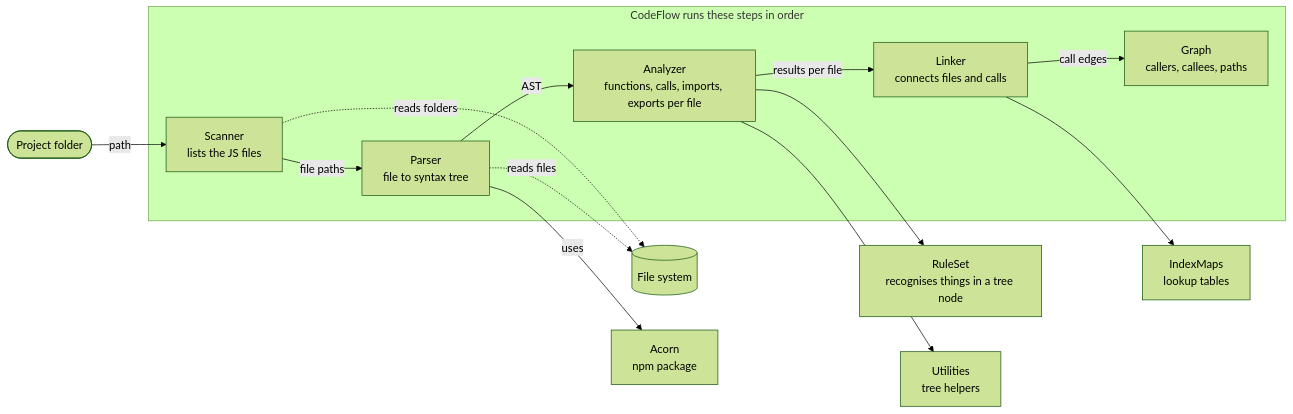
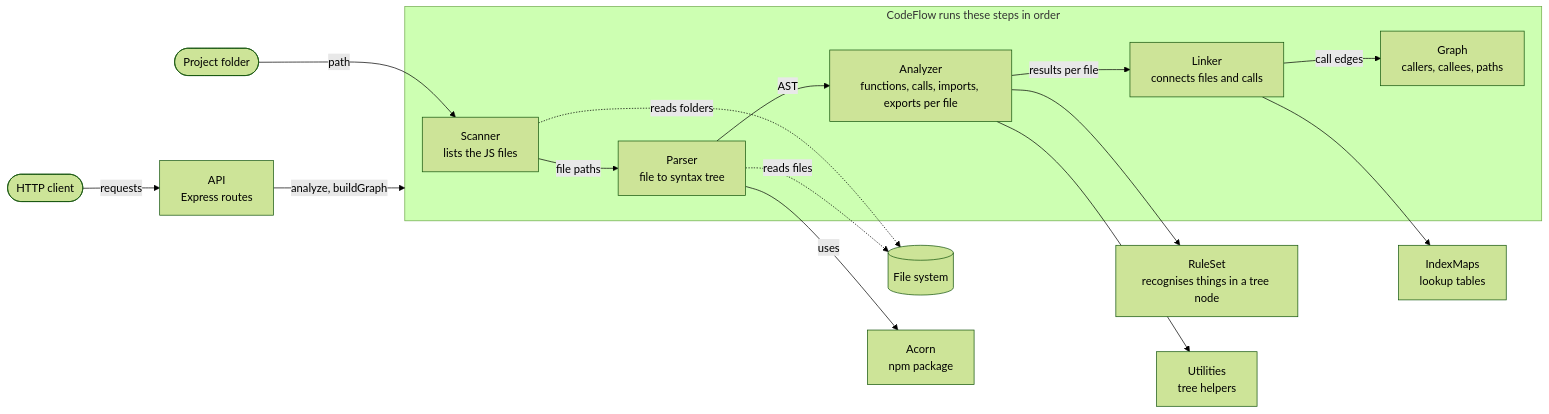
One commit to Rohitsinghwho/CodeFlow-Analyzer changed the diagram in docs/architecture-diagram.md. Above: the diagram before and after it, drawn with Mermaid (forest theme). The commit also changed other lines of this file and 8 other files, not shown here.

First line of the commit message:
feat(api): add HTTP API to analyze a project, list functions and get source

````diff
--- a/docs/architecture-diagram.md
+++ b/docs/architecture-diagram.md
@@ -6,31 +6,35 @@
 ```mermaid
 flowchart LR
+  client(["HTTP client"])
   folder(["Project folder"])
   fs[("File system")]
   acorn["Acorn<br/>npm package"]
 
   subgraph codeflow["CodeFlow runs these steps in order"]
     scan["Scanner<br/>lists the JS files"]
     parse["Parser<br/>file to syntax tree"]
     analyze["Analyzer<br/>functions, calls, imports, exports per file"]
     link["Linker<br/>connects files and calls"]
     graphq["Graph<br/>callers, callees, paths"]
   end
 
+  api["API<br/>Express routes"]
   rules["RuleSet<br/>recognises things in a tree node"]
   utils["Utilities<br/>tree helpers"]
   indexes["IndexMaps<br/>lookup tables"]
 
+  client -->|"requests"| api
+  api -->|"analyze, buildGraph"| codeflow
   folder -->|"path"| scan
   scan -->|"file paths"| parse
   parse -->|"AST"| analyze
   analyze -->|"results per file"| link
   link -->|"call edges"| graphq
 
   scan -.->|"reads folders"| fs
   parse -.->|"reads files"| fs
   parse -->|"uses"| acorn
   analyze --> rules
   analyze --> utils
   link --> indexes
 ```
````
